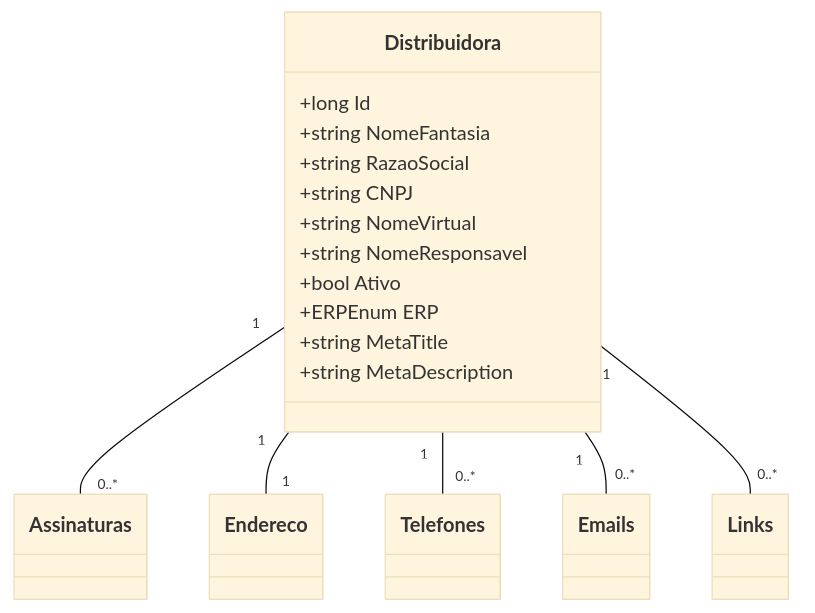
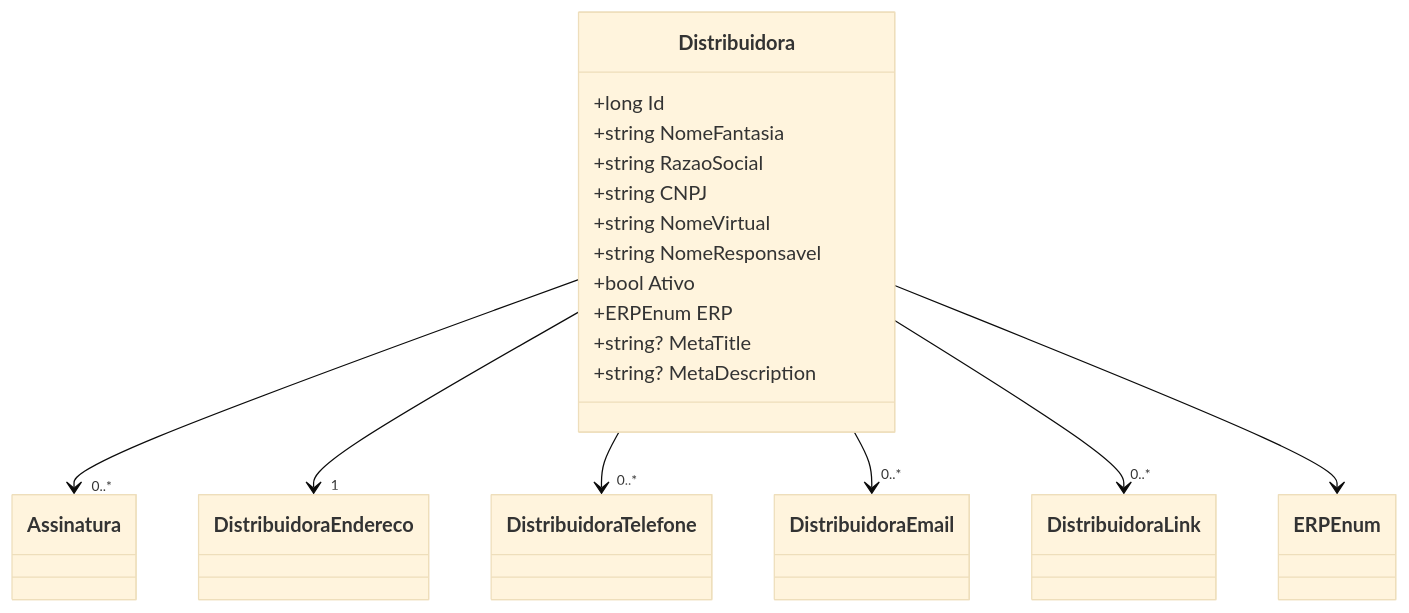
The diagram in docs/b2b-dominio/IsthmusWinthor.Nucleo/IsthmusWinthor.Dominio/Entidades/Distribuidora.md (IsthmusSistemas/documentacao-tecnica), drawn with Mermaid (base theme) before and after one commit. The commit also changed other lines of this file and 882 other files, not shown here.

````diff
--- a/docs/b2b-dominio/IsthmusWinthor.Nucleo/IsthmusWinthor.Dominio/Entidades/Distribuidora.md
+++ b/docs/b2b-dominio/IsthmusWinthor.Nucleo/IsthmusWinthor.Dominio/Entidades/Distribuidora.md
@@ -26,20 +25,29 @@
 ```mermaid
 classDiagram
     class Distribuidora {
         +long Id
         +string NomeFantasia
         +string RazaoSocial
         +string CNPJ
         +string NomeVirtual
         +string NomeResponsavel
         +bool Ativo
         +ERPEnum ERP
-        +string MetaTitle
-        +string MetaDescription
+        +string? MetaTitle
+        +string? MetaDescription
     }
-    Distribuidora "1" -- "0..*" Assinaturas
-    Distribuidora "1" -- "1" Endereco
-    Distribuidora "1" -- "0..*" Telefones
-    Distribuidora "1" -- "0..*" Emails
-    Distribuidora "1" -- "0..*" Links
+
+    class Assinatura {}
+    class DistribuidoraEndereco {}
+    class DistribuidoraTelefone {}
+    class DistribuidoraEmail {}
+    class DistribuidoraLink {}
+    class ERPEnum {}
+
+    Distribuidora --> "0..*" Assinatura
+    Distribuidora --> "1" DistribuidoraEndereco
+    Distribuidora --> "0..*" DistribuidoraTelefone
+    Distribuidora --> "0..*" DistribuidoraEmail
+    Distribuidora --> "0..*" DistribuidoraLink
+    Distribuidora --> ERPEnum
 ```
````
